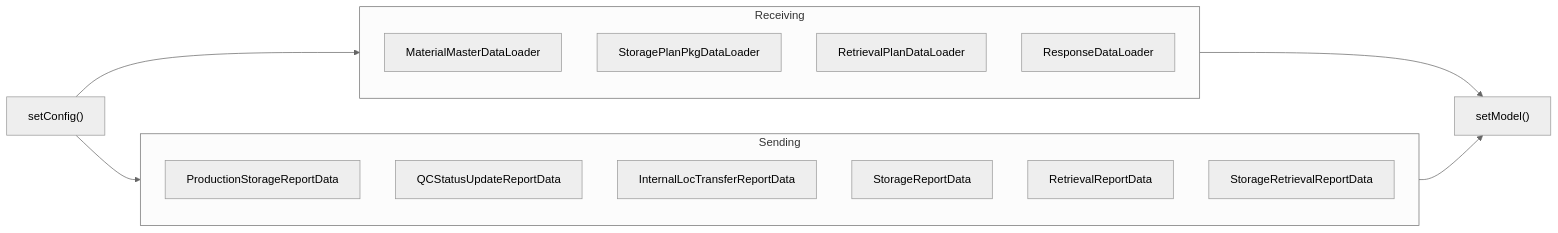
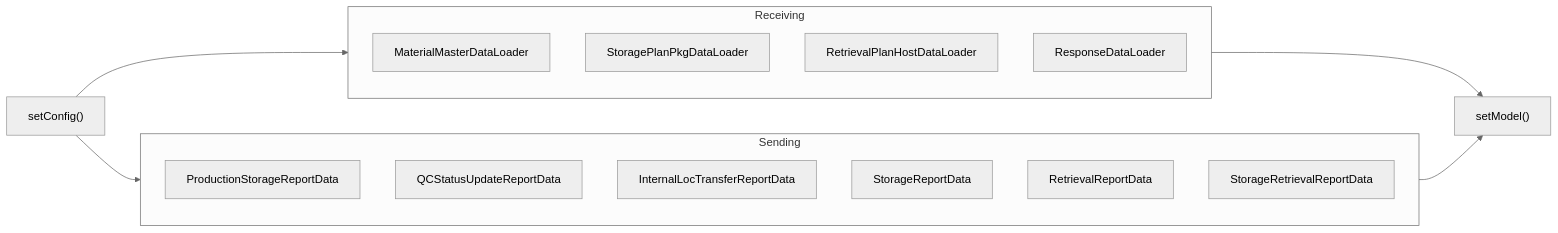
Before and after one commit to luthfiadityaa/SimeDarby-Wiki: the third of 7 diagrams in Basic-Design/Host-Interfaces.md, drawn with Mermaid (neutral theme). The commit also changed other lines of this file, not shown here.

Commit message:
Updated Host Interfaces

```diff
--- a/Basic-Design/Host-Interfaces.md
+++ b/Basic-Design/Host-Interfaces.md
@@ -201,23 +201,23 @@
 ::: mermaid
 flowchart LR
  E1["setModel()"]
  C1["setConfig()"]  
  C1 --> Receiving -->E1
  C1 --> Sending -->E1
 
 subgraph Receiving
  C21["MaterialMasterDataLoader"]
  C22["StoragePlanPkgDataLoader"] 
- C23["RetrievalPlanDataLoader"] 
+ C23["RetrievalPlanHostDataLoader"] 
  C24["ResponseDataLoader"]
 end
 
 subgraph Sending
  C25["ProductionStorageReportData"]
  C26["QCStatusUpdateReportData"]
  C27["InternalLocTransferReportData"] 
  C28["StorageReportData"]
  C29["RetrievalReportData"] 
  C30["StorageRetrievalReportData"] 
 end 
 :::
```
